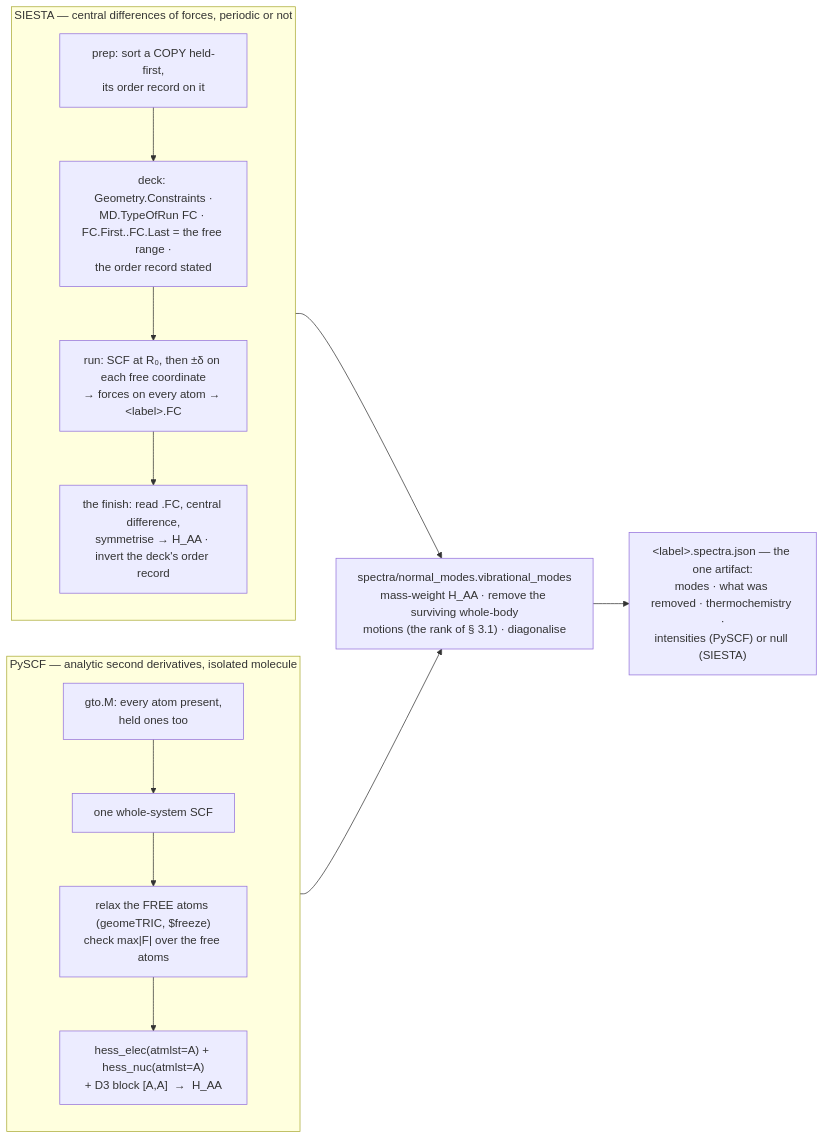
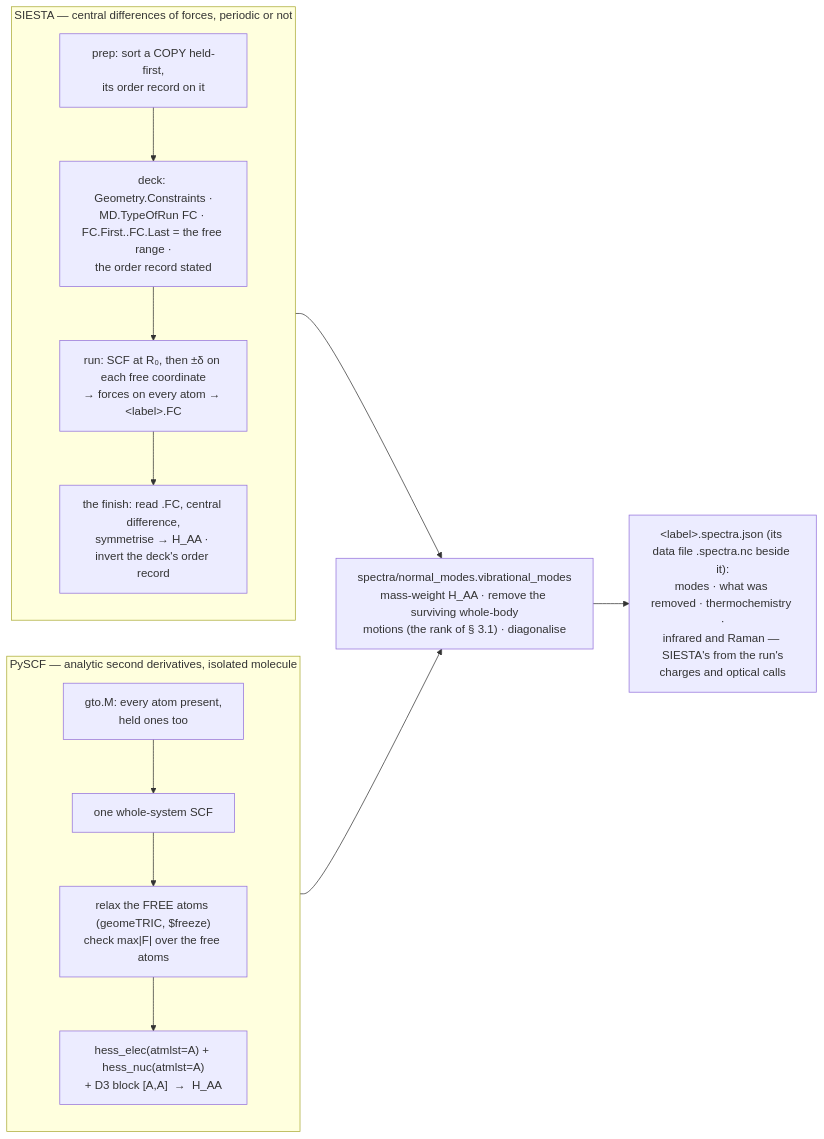
The first of 3 diagrams in docs/science/normal-modes.md (Qing-LAB/molbuilder), drawn with Mermaid before and after one commit. The commit also changed other lines of this file and 71 other files, not shown here.

````diff
--- a/docs/science/normal-modes.md
+++ b/docs/science/normal-modes.md
@@ -727,18 +723,18 @@
 ```mermaid
 flowchart LR
   subgraph P["PySCF — analytic second derivatives, isolated molecule"]
     direction TB
     P1["gto.M: every atom present,<br/>held ones too"] --> P2["one whole-system SCF"]
     P2 --> P3["relax the FREE atoms (geomeTRIC, $freeze)<br/>check max|F| over the free atoms"]
     P3 --> P4["hess_elec(atmlst=A) + hess_nuc(atmlst=A)<br/>+ D3 block [A,A]  →  H_AA"]
   end
   subgraph S["SIESTA — central differences of forces, periodic or not"]
     direction TB
     S1["prep: sort a COPY held-first,<br/>its order record on it"] --> S2["deck: Geometry.Constraints ·<br/>MD.TypeOfRun FC · FC.First..FC.Last = the free range ·<br/>the order record stated"]
     S2 --> S3["run: SCF at R₀, then ±δ on each free coordinate<br/>→ forces on every atom → &lt;label&gt;.FC"]
     S3 --> S4["the finish: read .FC, central difference,<br/>symmetrise → H_AA · invert the deck's order record"]
   end
   P4 --> M["spectra/normal_modes.vibrational_modes<br/>mass-weight H_AA · remove the surviving whole-body<br/>motions (the rank of § 3.1) · diagonalise"]
   S4 --> M
-  M --> R["&lt;label&gt;.spectra.json — the one artifact:<br/>modes · what was removed · thermochemistry ·<br/>intensities (PySCF) or null (SIESTA)"]
+  M --> R["&lt;label&gt;.spectra.json (its data file .spectra.nc beside it):<br/>modes · what was removed · thermochemistry ·<br/>infrared and Raman — SIESTA's from the run's<br/>charges and optical calls"]
 ```
````
